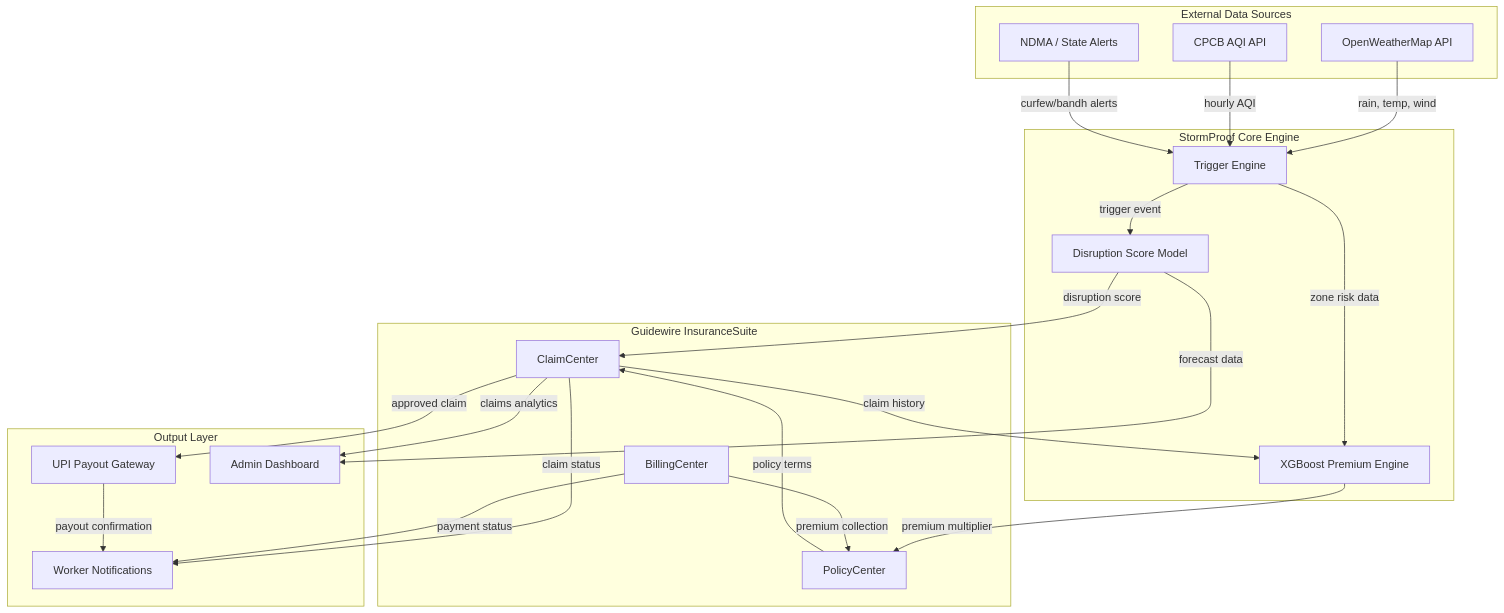
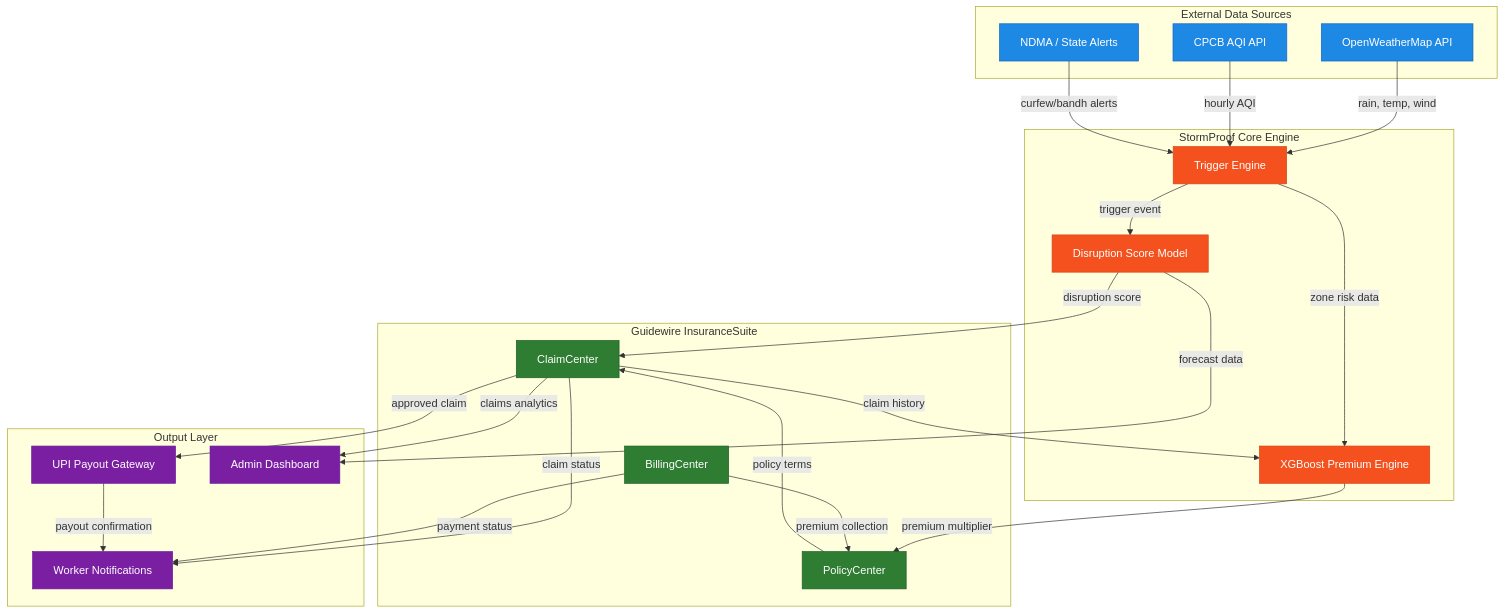
One commit to KARTHI3106/GW_DT_Synapse changed the first of 2 diagrams in README.md. Above: the diagram before and after it, drawn with Mermaid. The commit also changed other lines of this file, not shown here.

````diff
--- a/README.md
+++ b/README.md
@@ -467,46 +467,62 @@
 ```mermaid
 graph TD
     subgraph External["External Data Sources"]
         OWM["OpenWeatherMap API"]
         CPCB["CPCB AQI API"]
         NDMA["NDMA / State Alerts"]
     end
 
     subgraph Core["StormProof Core Engine"]
         TE["Trigger Engine"]
         DS["Disruption Score Model"]
         XGB["XGBoost Premium Engine"]
     end
 
     subgraph GW["Guidewire InsuranceSuite"]
         PC["PolicyCenter"]
         CC["ClaimCenter"]
         BC["BillingCenter"]
     end
 
     subgraph Output["Output Layer"]
         UPI["UPI Payout Gateway"]
         NOTIF["Worker Notifications"]
         DASH["Admin Dashboard"]
     end
 
     OWM -->|"rain, temp, wind"| TE
     CPCB -->|"hourly AQI"| TE
     NDMA -->|"curfew/bandh alerts"| TE
 
     TE -->|"trigger event"| DS
     DS -->|"disruption score"| CC
     XGB -->|"premium multiplier"| PC
 
     PC -->|"policy terms"| CC
     CC -->|"approved claim"| UPI
     CC -->|"claim status"| NOTIF
     BC -->|"premium collection"| PC
     BC -->|"payment status"| NOTIF
 
     TE -->|"zone risk data"| XGB
     CC -->|"claim history"| XGB
     DS -->|"forecast data"| DASH
     CC -->|"claims analytics"| DASH
     UPI -->|"payout confirmation"| NOTIF
+
+    style OWM fill:#1e88e5,stroke:#1565c0,color:#fff
+    style CPCB fill:#1e88e5,stroke:#1565c0,color:#fff
+    style NDMA fill:#1e88e5,stroke:#1565c0,color:#fff
+
+    style TE fill:#f4511e,stroke:#d84315,color:#fff
+    style DS fill:#f4511e,stroke:#d84315,color:#fff
+    style XGB fill:#f4511e,stroke:#d84315,color:#fff
+
+    style PC fill:#2e7d32,stroke:#1b5e20,color:#fff
+    style CC fill:#2e7d32,stroke:#1b5e20,color:#fff
+    style BC fill:#2e7d32,stroke:#1b5e20,color:#fff
+
+    style UPI fill:#7b1fa2,stroke:#6a1b9a,color:#fff
+    style NOTIF fill:#7b1fa2,stroke:#6a1b9a,color:#fff
+    style DASH fill:#7b1fa2,stroke:#6a1b9a,color:#fff
 ```
````
